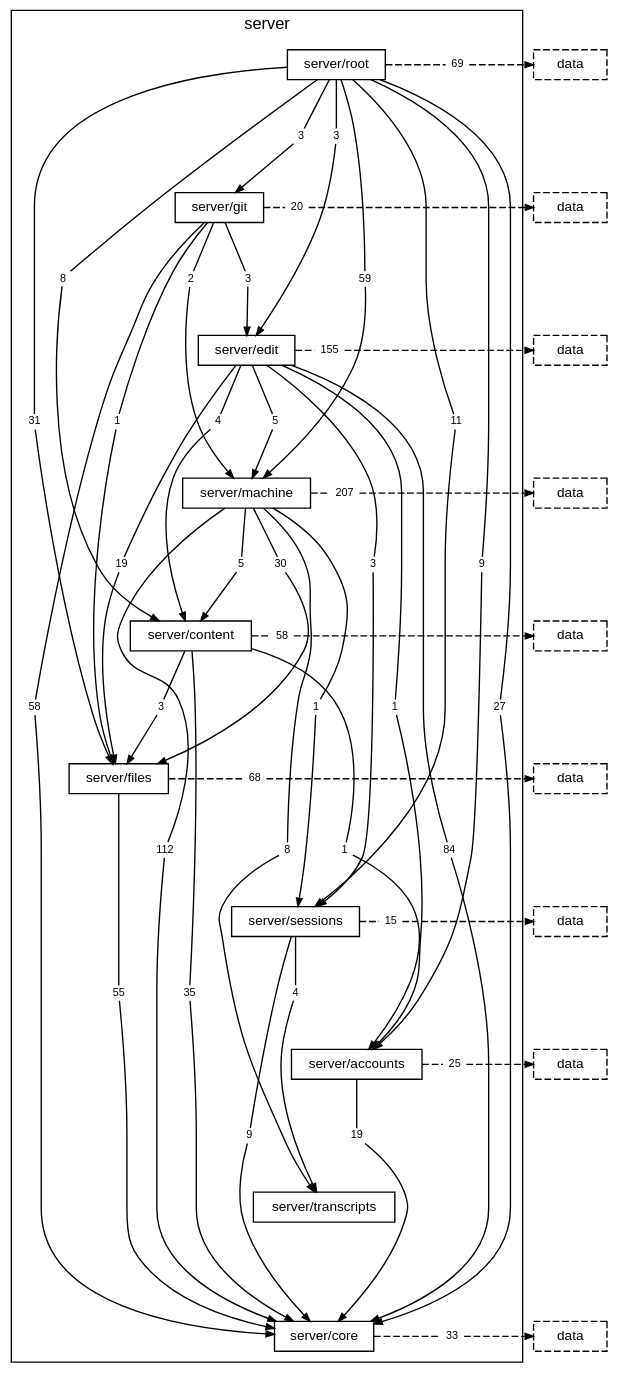
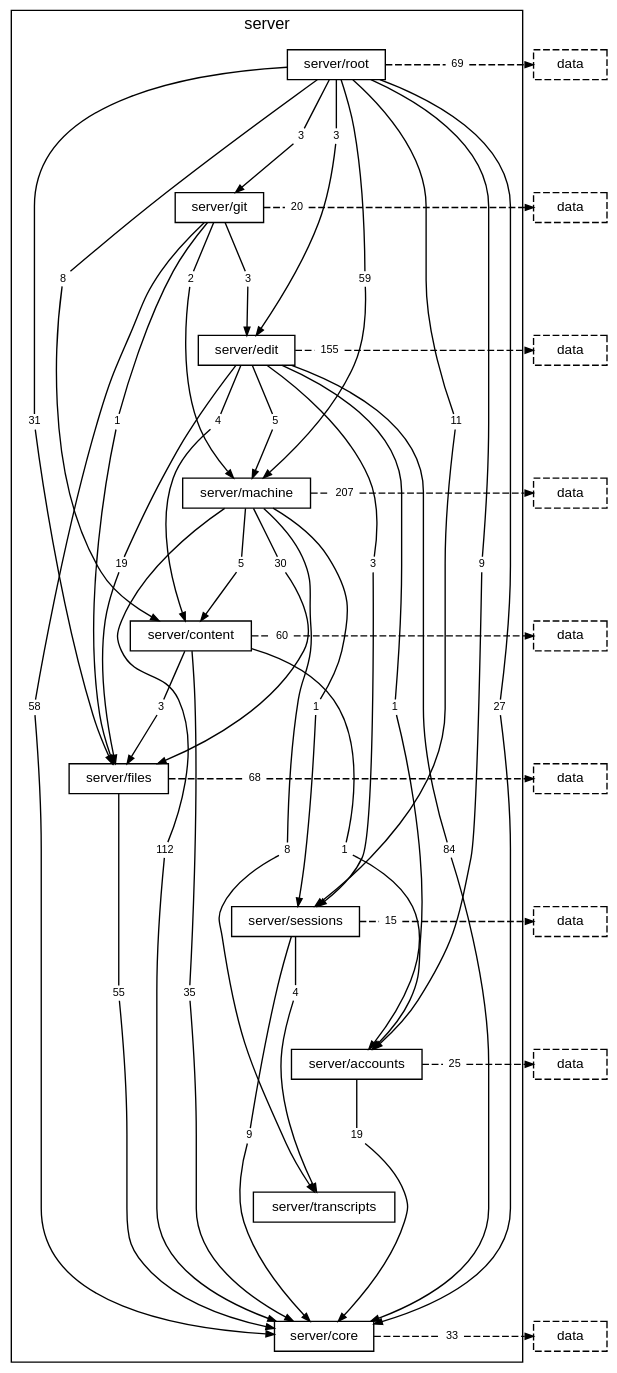
Before and after one commit to TheAxeC/oculus: the diagram in docs/diagrams/layer-server.dot, drawn with Graphviz. The commit also changed 46 other files, not shown here.

```diff
--- a/docs/diagrams/layer-server.dot
+++ b/docs/diagrams/layer-server.dot
@@ -44,7 +44,7 @@
         "folder server/content to folder server/accounts" [label="1", shape=box, color="transparent", fontsize=8, width=0, height=0, margin="0.04,0.02"];
         "folder server/content to folder server/core" [label="35", shape=box, color="transparent", fontsize=8, width=0, height=0, margin="0.04,0.02"];
         "folder server/content to folder server/files" [label="3", shape=box, color="transparent", fontsize=8, width=0, height=0, margin="0.04,0.02"];
-        "folder server/content to layer data" [label="58", shape=box, color="transparent", fontsize=8, width=0, height=0, margin="0.04,0.02"];
+        "folder server/content to layer data" [label="60", shape=box, color="transparent", fontsize=8, width=0, height=0, margin="0.04,0.02"];
         "folder server/files to folder server/core" [label="55", shape=box, color="transparent", fontsize=8, width=0, height=0, margin="0.04,0.02"];
         "folder server/files to layer data" [label="68", shape=box, color="transparent", fontsize=8, width=0, height=0, margin="0.04,0.02"];
         "folder server/sessions to folder server/core" [label="9", shape=box, color="transparent", fontsize=8, width=0, height=0, margin="0.04,0.02"];
```
